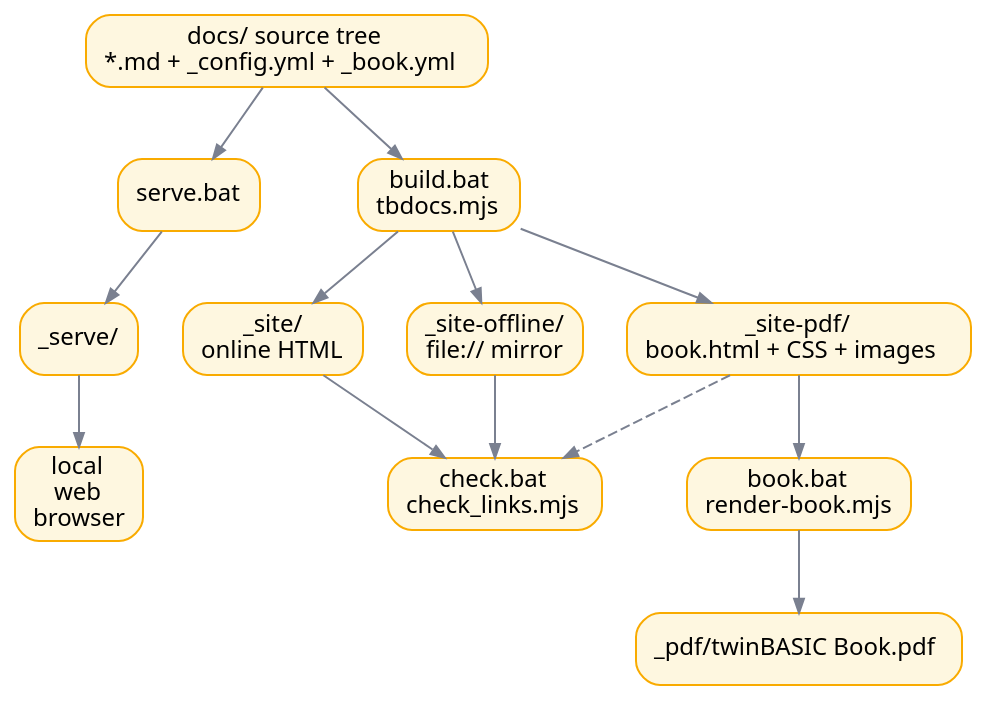
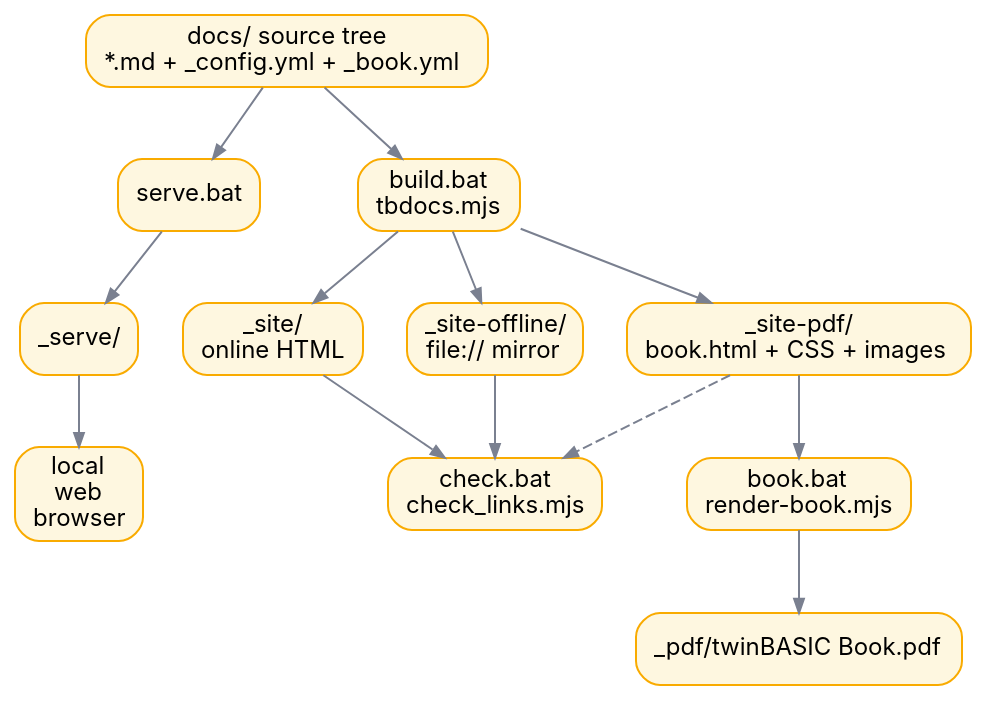
One commit to twinbasic/documentation changed the diagram in docs/assets/images/dot/toolchain-overview.dot. Above: the diagram before and after it, drawn with Graphviz. The commit also changed 40 other files, not shown here.

```diff
--- a/docs/assets/images/dot/toolchain-overview.dot
+++ b/docs/assets/images/dot/toolchain-overview.dot
@@ -1,43 +1,43 @@
 // High-level view of the documentation toolchain: source tree → build/serve
 // → output trees → check/book pipelines.
 
 digraph toolchain {
     rankdir=TB
     bgcolor="transparent"
     nodesep=0.3
     ranksep=0.5
     splines=true
 
     node [
         shape=box
         style="rounded,filled"
-        fontname="system-ui,-apple-system,Segoe UI,sans-serif"
+        fontname="Inter,system-ui,-apple-system,Segoe UI,sans-serif"
         fontsize=12
         margin="0.12,0.06"
         fillcolor="#fef7e0"
         color="#f9ab00"
     ]
     edge [color="#7a8090" arrowsize=0.7]
 
     SRC     [label=<docs/ source tree<BR/>*.md + _config.yml + _book.yml>]
     SERVE   [label=<serve.bat>]
     SERVED  [label=<_serve/>]
     BROWSER [label=<local<BR/>web<BR/>browser>]
     BUILD   [label=<build.bat<BR/>tbdocs.mjs>]
     SITE    [label=<_site/<BR/>online HTML>]
     OFFLINE [label=<_site-offline/<BR/>file:// mirror>]
     PDFSRC  [label=<_site-pdf/<BR/>book.html + CSS + images>]
     CHECK   [label=<check.bat<BR/>check_links.mjs>]
     BOOK    [label=<book.bat<BR/>render-book.mjs>]
     PDF     [label=<_pdf/twinBASIC Book.pdf>]
 
     SRC -> SERVE -> SERVED -> BROWSER
     SRC -> BUILD
     BUILD -> SITE
     BUILD -> OFFLINE
     BUILD -> PDFSRC
     SITE    -> CHECK
     OFFLINE -> CHECK
     PDFSRC  -> CHECK [style=dashed]
     PDFSRC  -> BOOK -> PDF
 }
```
